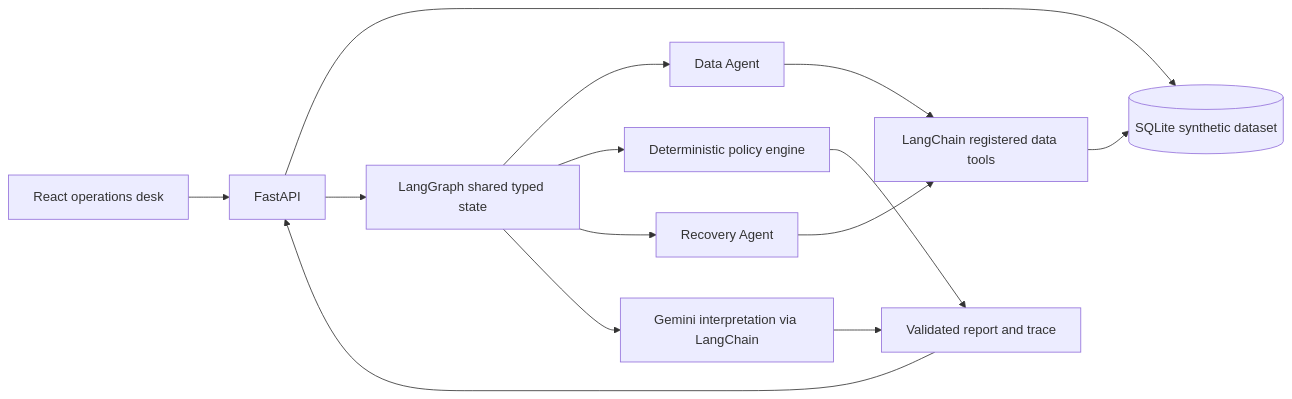
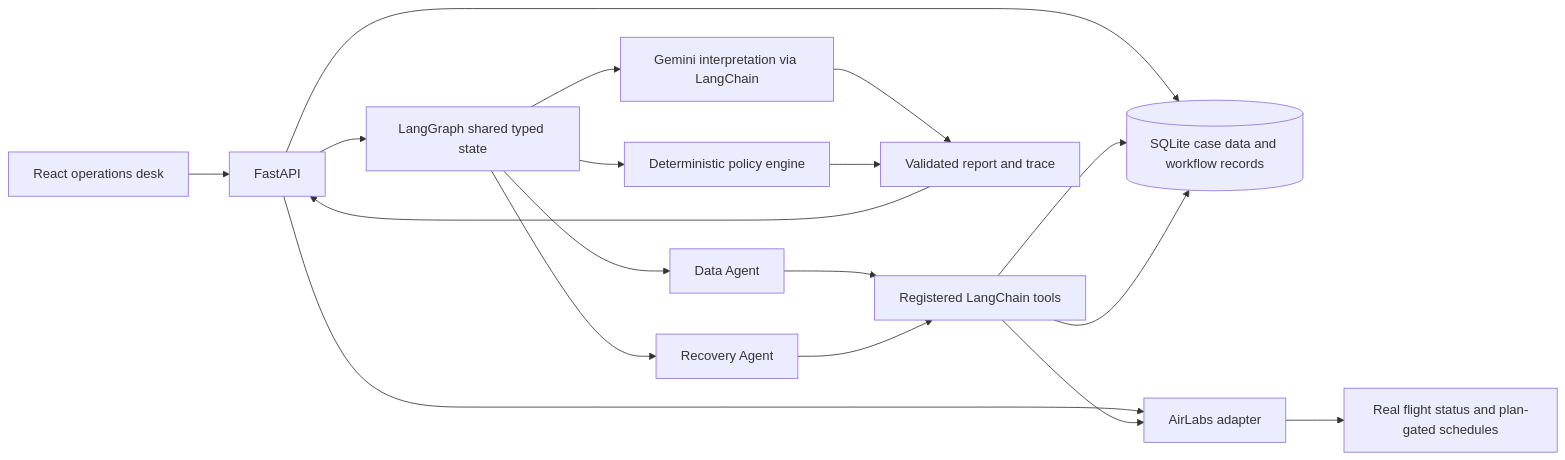
One commit to dheeraj25406/disruption-desk changed the diagram in README.md. Above: the diagram before and after it, drawn with Mermaid. The commit also changed other lines of this file and 25 other files, not shown here.

Commit message:
Deploy AirLabs recovery desk demo

````diff
--- a/README.md
+++ b/README.md
@@ -7,16 +7,20 @@
 ```mermaid
 flowchart LR
   UI[React operations desk] --> API[FastAPI]
-  API --> DB[(SQLite synthetic dataset)]
+  API --> DB[(SQLite case data and workflow records)]
+  API --> AV[AirLabs adapter]
+  AV --> REAL[Real flight status and plan-gated schedules]
   API --> G[LangGraph shared typed state]
   G --> D[Data Agent]
   D --> T[LangChain registered data tools]
   T --> DB
   G --> P[Deterministic policy engine]
   G --> R[Recovery Agent]
-  R --> T
+  R --> T[Registered LangChain tools]
+  T --> DB
+  T --> AV
   G --> L[Gemini interpretation via LangChain]
   L --> O[Validated report and trace]
   P --> O
   O --> API
 ```
````
